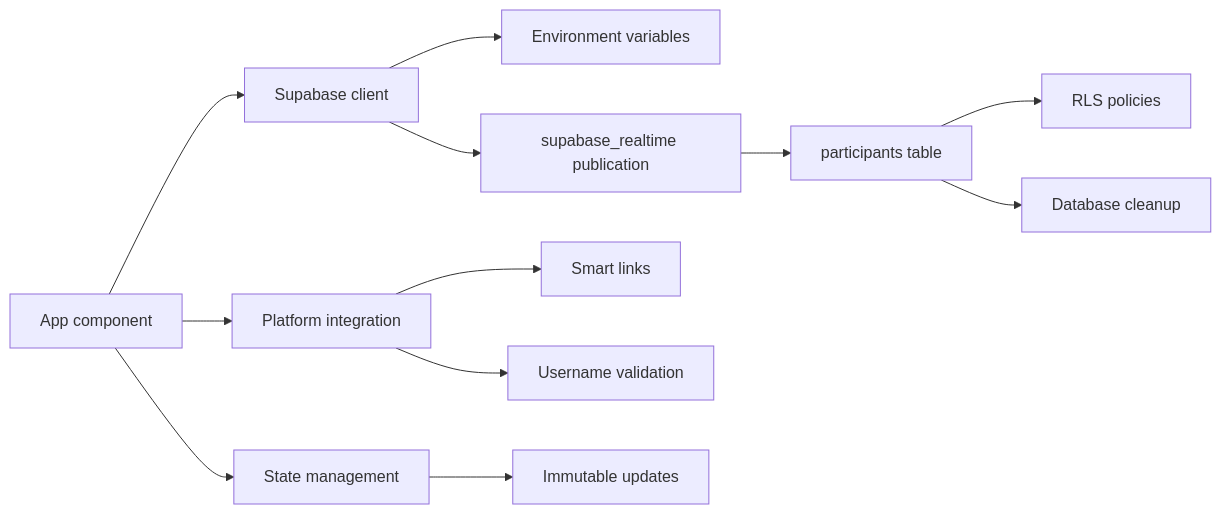
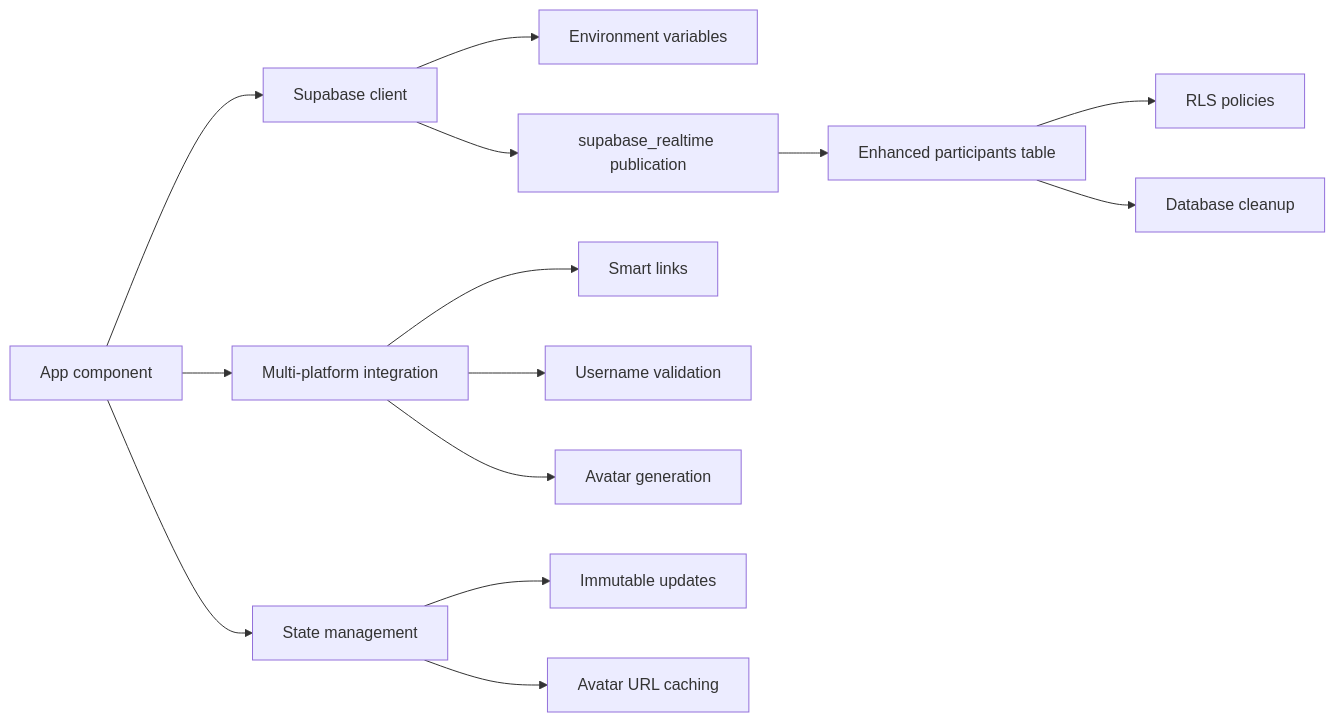
One commit to TheBooleanJulian/followtrain-v2 changed the fifth of 5 diagrams in .qoder/repowiki/en/content/Real-time Features & Supabase Integration.md. Above: the diagram before and after it, drawn with Mermaid. The commit also changed other lines of this file and 202 other files, not shown here.

````diff
--- a/.qoder/repowiki/en/content/Real-time Features & Supabase Integration.md
+++ b/.qoder/repowiki/en/content/Real-time Features & Supabase Integration.md
@@ -304,14 +348,16 @@
 ```mermaid
 graph LR
 APP["App component"] --> SUPA["Supabase client"]
-APP --> PLATFORM["Platform integration"]
+APP --> PLATFORM["Multi-platform integration"]
 APP --> STATE["State management"]
 SUPA --> ENV["Environment variables"]
 SUPA --> PUB["supabase_realtime publication"]
-PUB --> TBL["participants table"]
+PUB --> TBL["Enhanced participants table"]
 TBL --> RLS["RLS policies"]
 TBL --> CLEANUP["Database cleanup"]
 PLATFORM --> SMARTLINK["Smart links"]
 PLATFORM --> VALIDATION["Username validation"]
+PLATFORM --> AVATAR["Avatar generation"]
 STATE --> IMMUTABLE["Immutable updates"]
+STATE --> AVATAR_CACHE["Avatar URL caching"]
 ```
````
